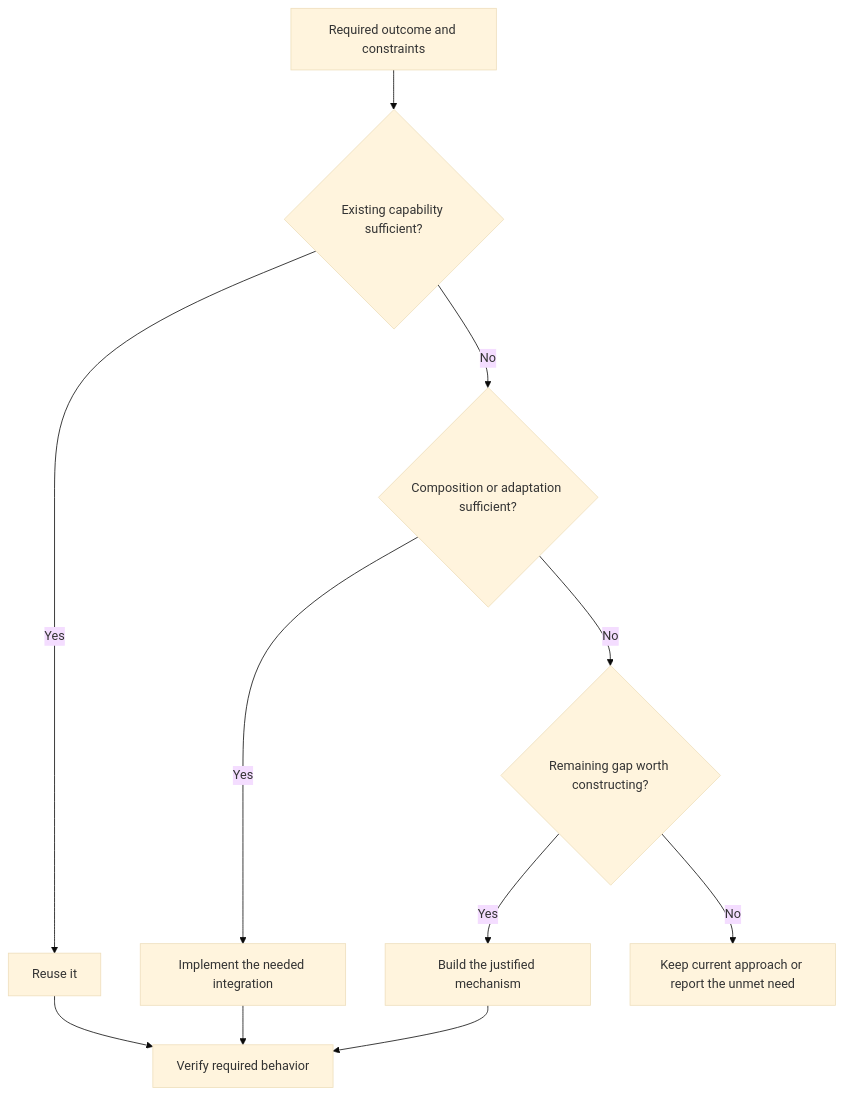
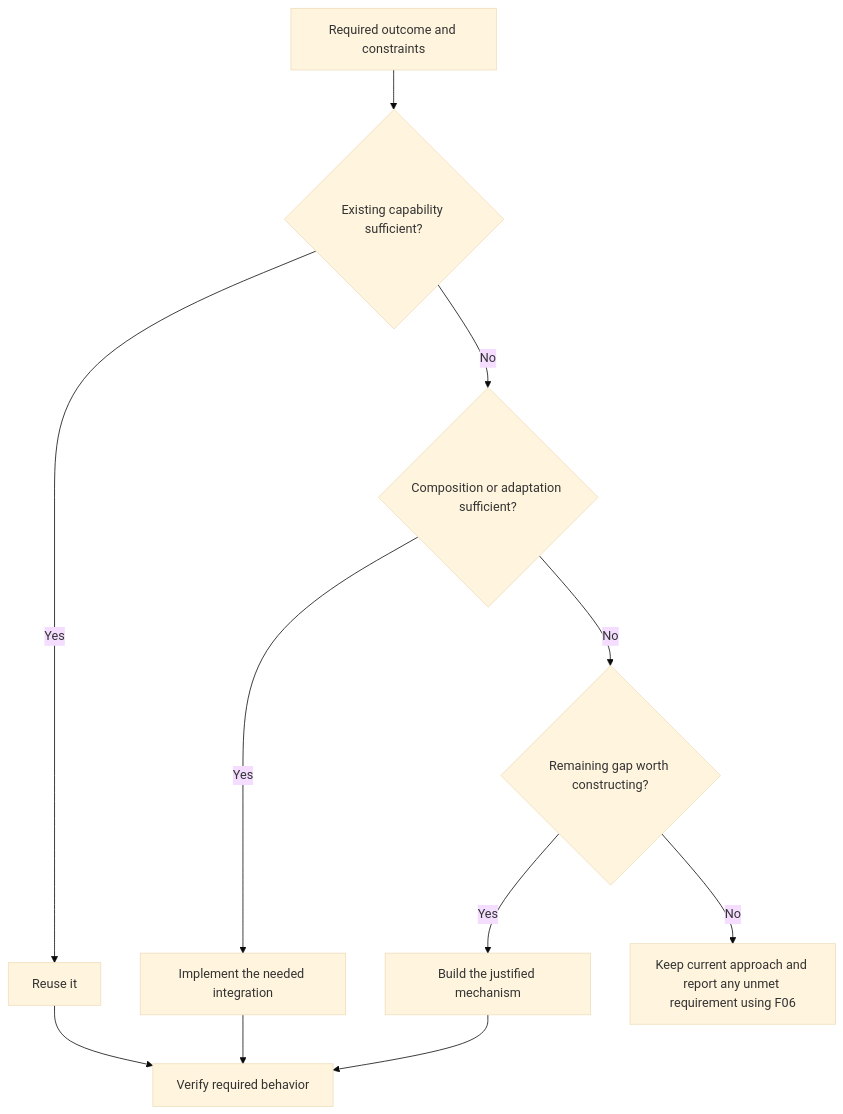
The diagram in 07-composition-before-construction.md (661818yijack/ej-engineering-foundations), drawn with Mermaid (base theme) before and after one commit. The commit also changed other lines of this file and 5 other files, not shown here.

First line of the commit message:
Clarify authority, conditional checks and decision diagrams: review round 2

````diff
--- a/07-composition-before-construction.md
+++ b/07-composition-before-construction.md
@@ -36,13 +38,13 @@
 ```mermaid
 flowchart TD
     A["Required outcome and constraints"] --> B{"Existing capability sufficient?"}
     B -->|Yes| C["Reuse it"]
     B -->|No| D{"Composition or adaptation sufficient?"}
     D -->|Yes| E["Implement the needed integration"]
     D -->|No| F{"Remaining gap worth constructing?"}
     F -->|Yes| G["Build the justified mechanism"]
-    F -->|No| H["Keep current approach or report the unmet need"]
+    F -->|No| H["Keep current approach and report any unmet requirement using F06"]
     C --> V["Verify required behavior"]
     E --> V
     G --> V
 ```
````
